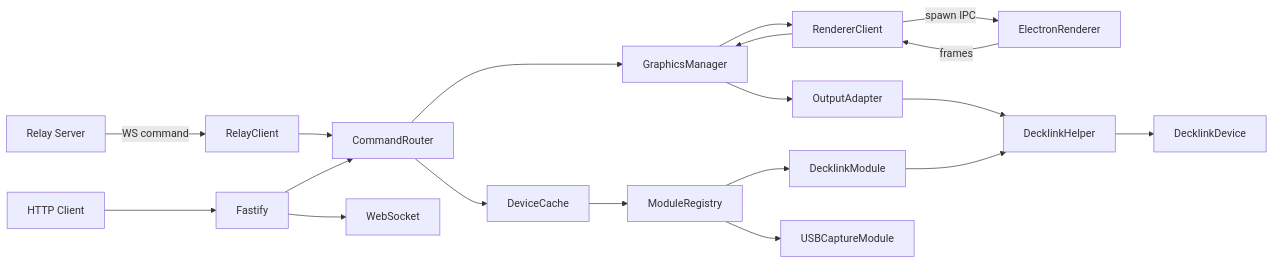
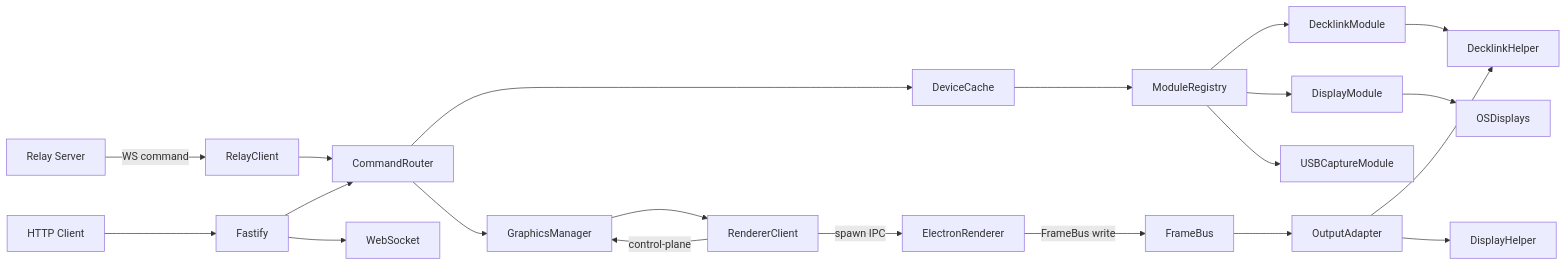
The diagram in docs/bridge/architecture-overview.md (pivotrecruiting/broadify-bridge), drawn with Mermaid before and after one commit. The commit also changed other lines of this file and 16 other files, not shown here.

````diff
--- a/docs/bridge/architecture-overview.md
+++ b/docs/bridge/architecture-overview.md
@@ -24,25 +25,26 @@
 ```mermaid
 flowchart LR
   Relay[Relay Server] -->|WS command| RelayClient
   RelayClient --> CommandRouter
+  CommandRouter --> DeviceCache
   CommandRouter --> GraphicsManager
-  CommandRouter --> DeviceCache
 
   GraphicsManager --> RendererClient
   RendererClient -->|spawn IPC| ElectronRenderer
-  ElectronRenderer -->|frames| RendererClient
-  RendererClient --> GraphicsManager
-
-  GraphicsManager --> OutputAdapter
+  RendererClient -->|control-plane| GraphicsManager
+  ElectronRenderer -->|FrameBus write| FrameBus
+  FrameBus --> OutputAdapter
   OutputAdapter --> DecklinkHelper
-  DecklinkHelper --> DecklinkDevice
+  OutputAdapter --> DisplayHelper
 
   DeviceCache --> ModuleRegistry
   ModuleRegistry --> DecklinkModule
+  ModuleRegistry --> DisplayModule
   ModuleRegistry --> USBCaptureModule
   DecklinkModule --> DecklinkHelper
+  DisplayModule --> OSDisplays
 
   ClientHTTP[HTTP Client] --> Fastify
   Fastify --> CommandRouter
   Fastify --> WebSocket
 ```
````
